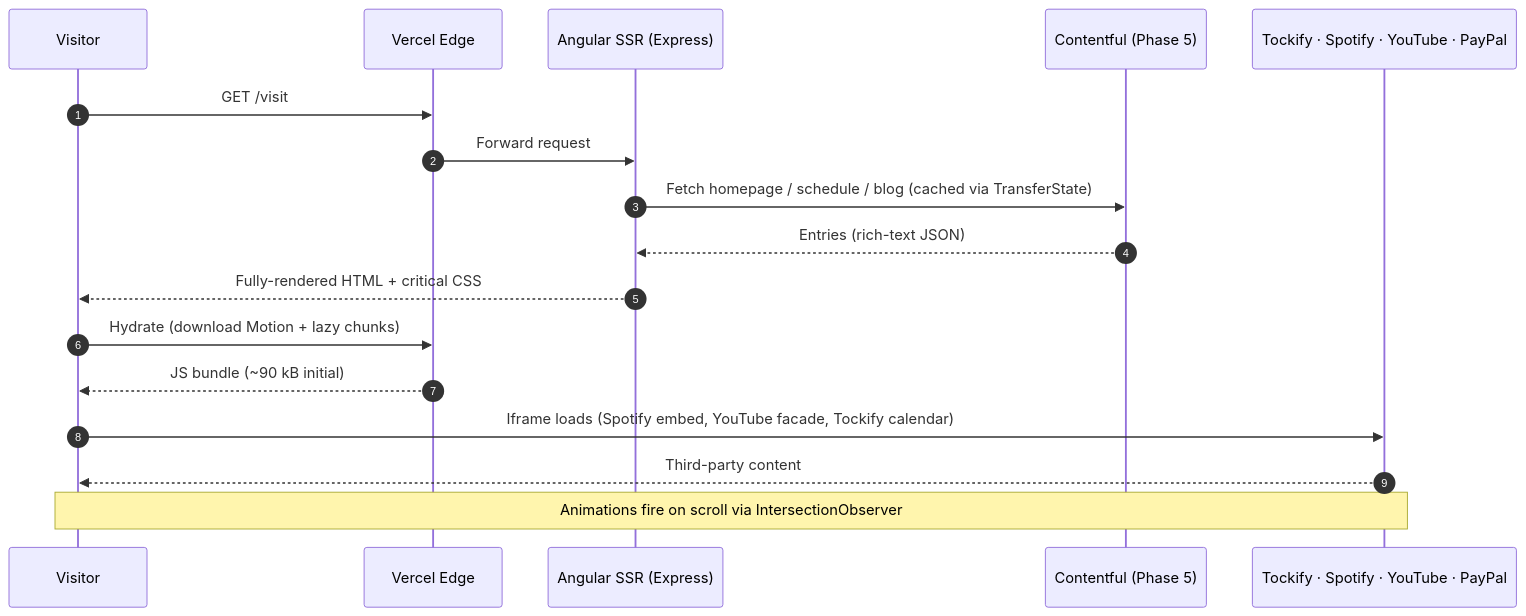
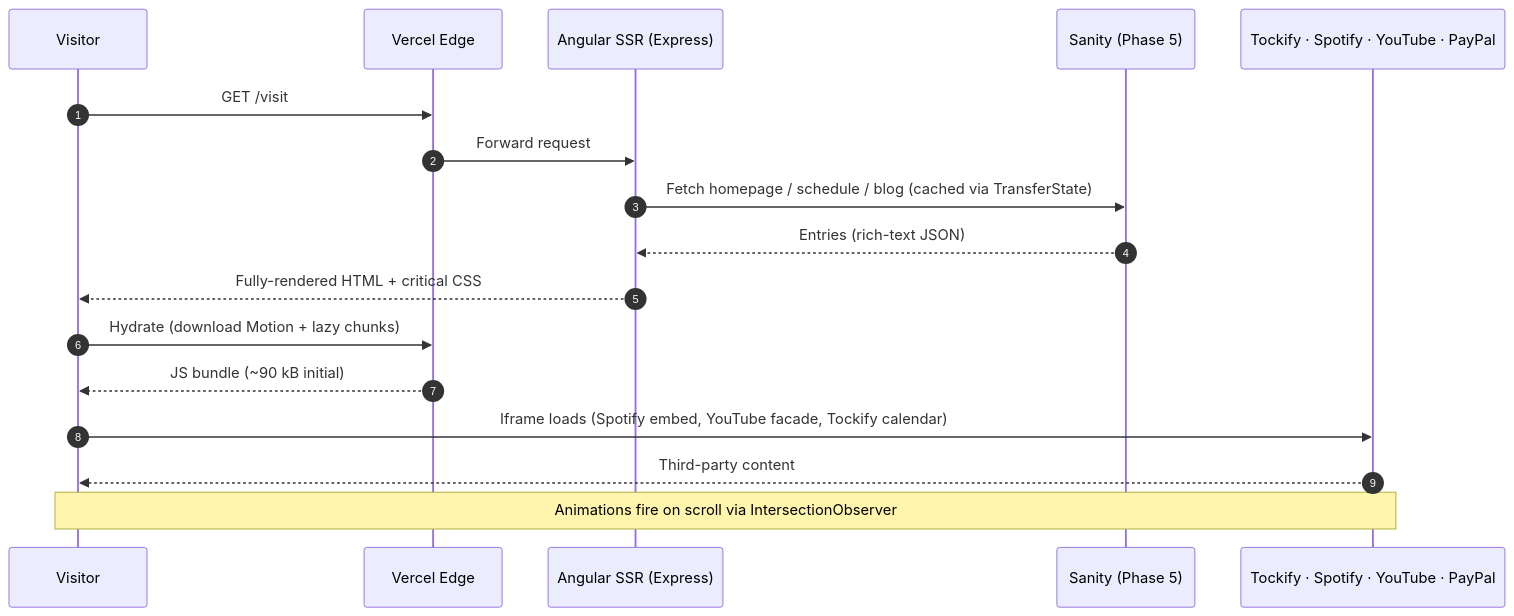
The diagram in README.md (Builder106/celestial-sanctum), drawn with Mermaid before and after one commit. The commit also changed other lines of this file and 12 other files, not shown here.

````diff
--- a/README.md
+++ b/README.md
@@ -18,20 +18,20 @@
 ```mermaid
 sequenceDiagram
     autonumber
     participant Visitor
     participant Vercel as Vercel Edge
     participant SSR as Angular SSR (Express)
-    participant CMS as Contentful (Phase 5)
+    participant CMS as Sanity (Phase 5)
     participant Embed as Tockify · Spotify · YouTube · PayPal
 
     Visitor->>Vercel: GET /visit
     Vercel->>SSR: Forward request
     SSR->>CMS: Fetch homepage / schedule / blog (cached via TransferState)
     CMS-->>SSR: Entries (rich-text JSON)
     SSR-->>Visitor: Fully-rendered HTML + critical CSS
     Visitor->>Vercel: Hydrate (download Motion + lazy chunks)
     Vercel-->>Visitor: JS bundle (~90 kB initial)
     Visitor->>Embed: Iframe loads (Spotify embed, YouTube facade, Tockify calendar)
     Embed-->>Visitor: Third-party content
     Note over Visitor,Embed: Animations fire on scroll via IntersectionObserver
 ```
````
